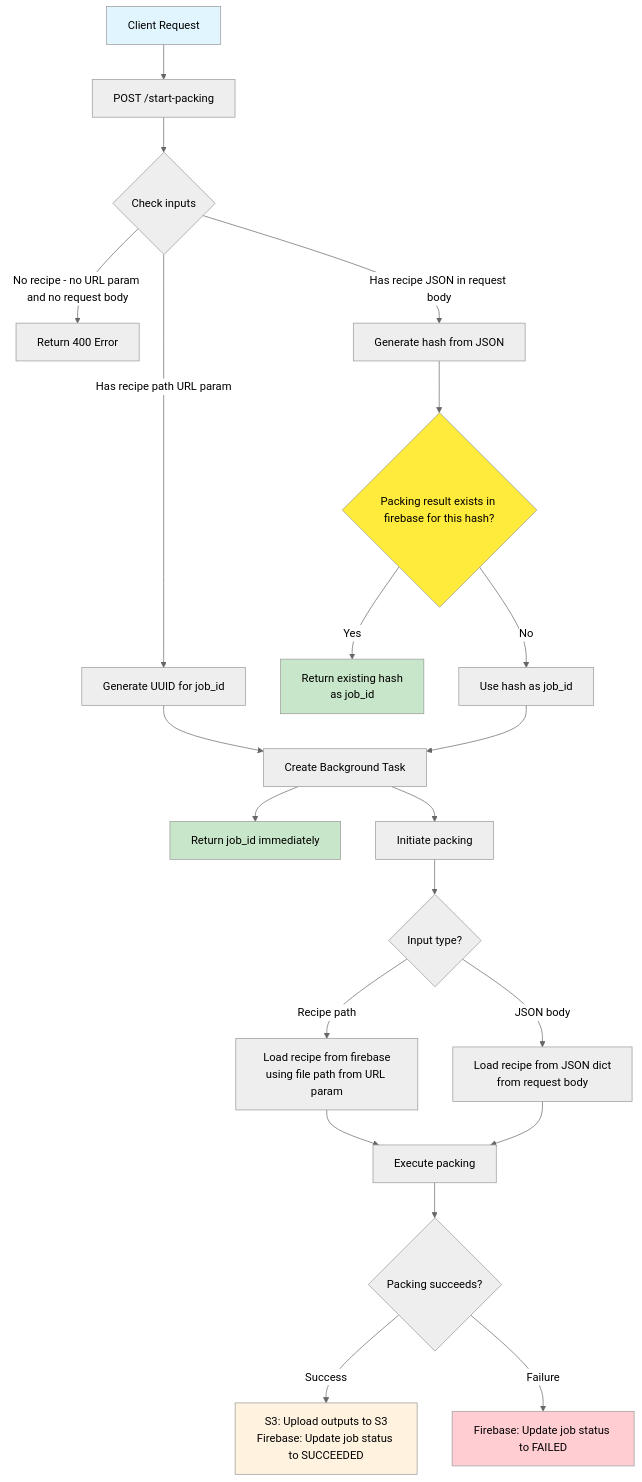
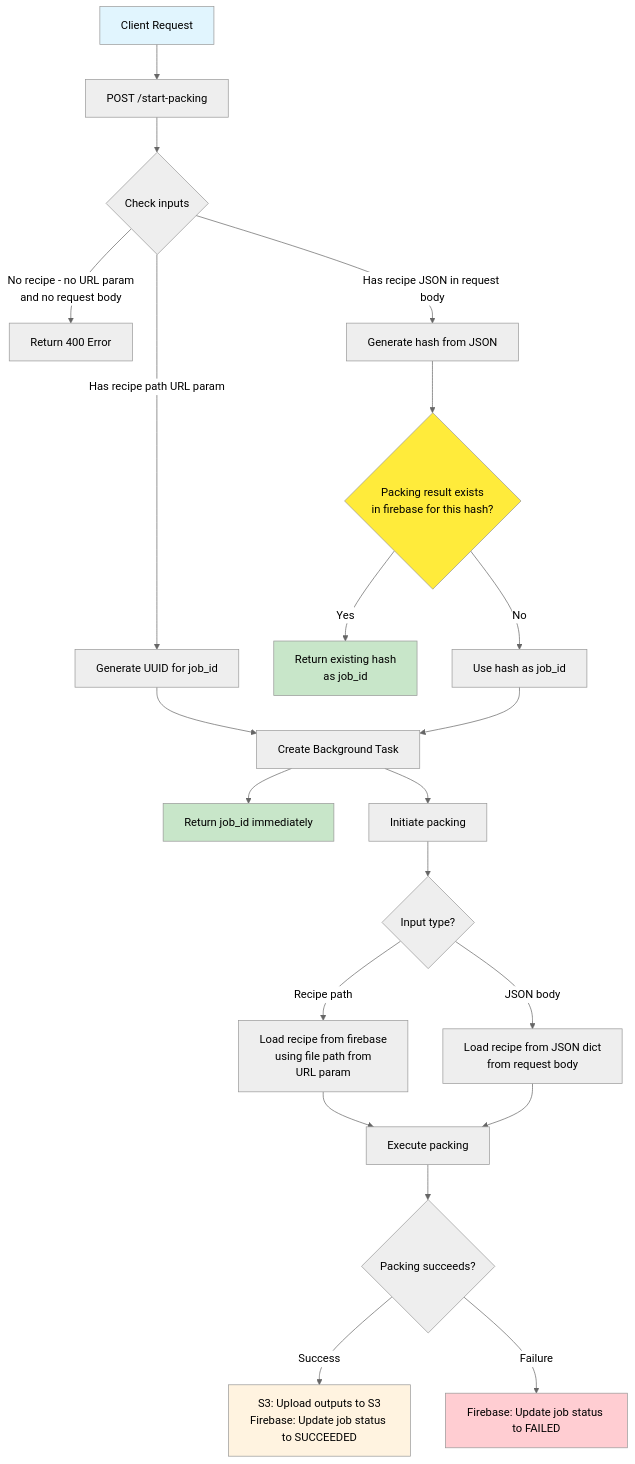
One commit to mesoscope/cellpack changed the second of 2 diagrams in server_workflow_diagram.md. Above: the diagram before and after it, drawn with Mermaid (neutral theme). The commit also changed other lines of this file, not shown here.

Commit message:
make sure all words show up using breaklines

````diff
--- a/server_workflow_diagram.md
+++ b/server_workflow_diagram.md
@@ -30,30 +30,30 @@
 ```mermaid
 graph TD
     A[Client Request] --> B[POST /start-packing]
     B --> C{Check inputs}
-    C -->|No recipe - no URL param and no request body| D[Return 400 Error]
+    C -->|No recipe - no URL param<br>and no request body| D[Return 400 Error]
     C -->|Has recipe path URL param| E[Generate UUID for job_id]
     C -->|Has recipe JSON in request body| F[Generate hash from JSON]
-    F --> G{Packing result exists in firebase for this hash?}
+    F --> G{Packing result exists<br>in firebase for this hash?}
     G -->|Yes| H[Return existing hash<br>as job_id]
     G -->|No| I[Use hash as job_id]
     E --> J[Create Background Task]
     I --> J
     J --> K[Return job_id immediately]
     J --> L[Initiate packing]
     L --> M{Input type?}
-    M -->|Recipe path| N[Load recipe from firebase<br>using file path from URL param]
+    M -->|Recipe path| N[Load recipe from firebase<br>using file path from<br>URL param]
     M -->|JSON body| O[Load recipe from JSON dict<br>from request body]
     N --> P[Execute packing]
     O --> P
     P --> Q{Packing succeeds?}
     Q -->|Success| R[S3: Upload outputs to S3<br>Firebase: Update job status to SUCCEEDED]
     Q -->|Failure| S[Firebase: Update job status to FAILED]
     
     style A fill:#e1f5fe
     style K fill:#c8e6c9
     style R fill:#fff3e0
     style S fill:#ffcdd2
     style G fill:#ffeb3b
     style H fill:#c8e6c9
 ```
````
